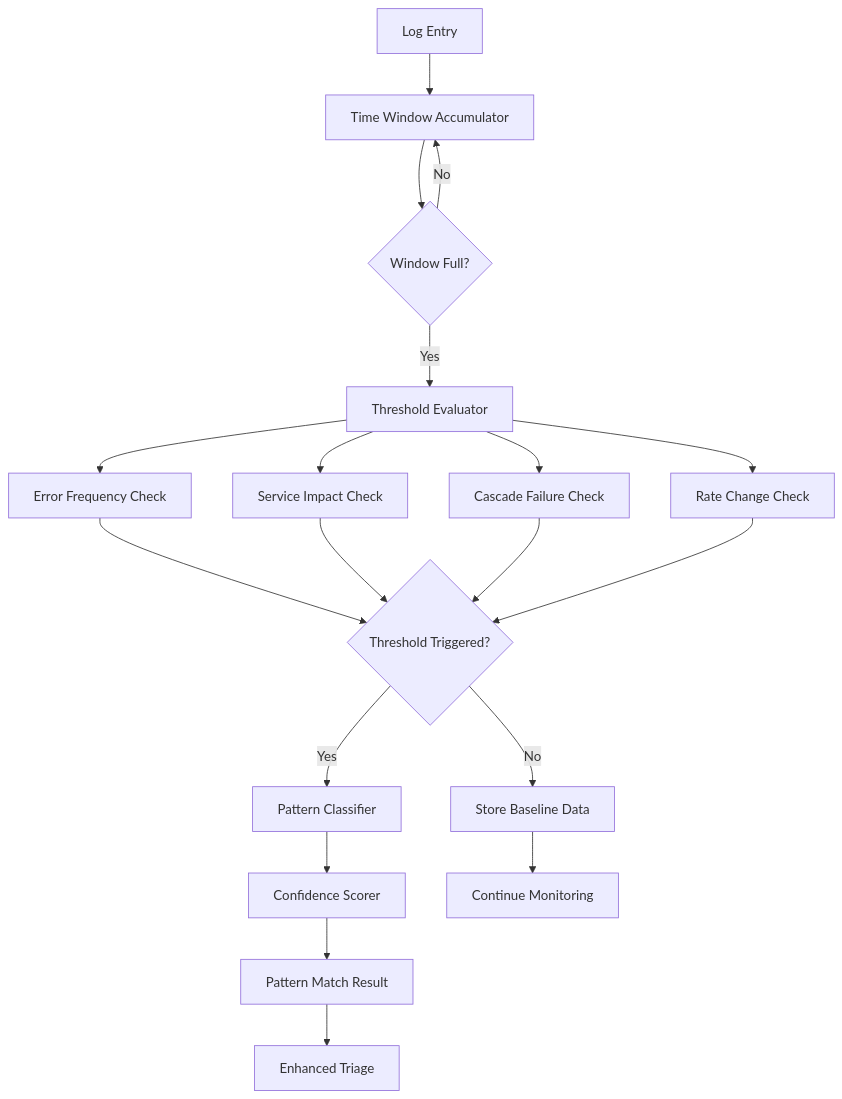
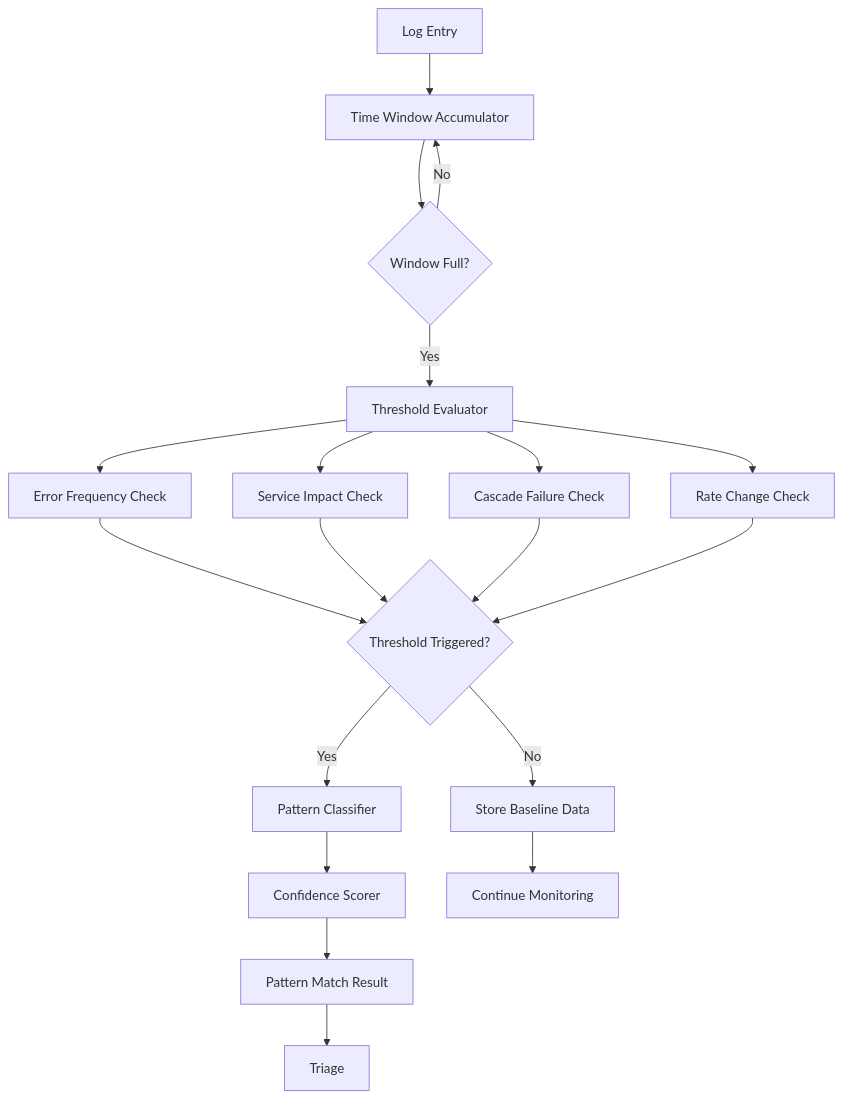
One commit to avivl/cloud-sre-agent changed the second of 2 diagrams in docs/ARCHITECTURE.md. Above: the diagram before and after it, drawn with Mermaid. The commit also changed other lines of this file and 28 other files, not shown here.

````diff
--- a/docs/ARCHITECTURE.md
+++ b/docs/ARCHITECTURE.md
@@ -145,26 +145,26 @@
 ```mermaid
 graph TD
     A[Log Entry] --> B[Time Window Accumulator]
     B --> C{Window Full?}
     C -->|Yes| D[Threshold Evaluator]
     C -->|No| B
     
     D --> E[Error Frequency Check]
     D --> F[Service Impact Check]
     D --> G[Cascade Failure Check]
     D --> H[Rate Change Check]
     
     E --> I{Threshold Triggered?}
     F --> I
     G --> I
     H --> I
     
     I -->|Yes| J[Pattern Classifier]
     I -->|No| K[Store Baseline Data]
     
     J --> L[Confidence Scorer]
     L --> M[Pattern Match Result]
     
     K --> N[Continue Monitoring]
-    M --> O[Enhanced Triage]
+    M --> O[Triage]
 ```
````
